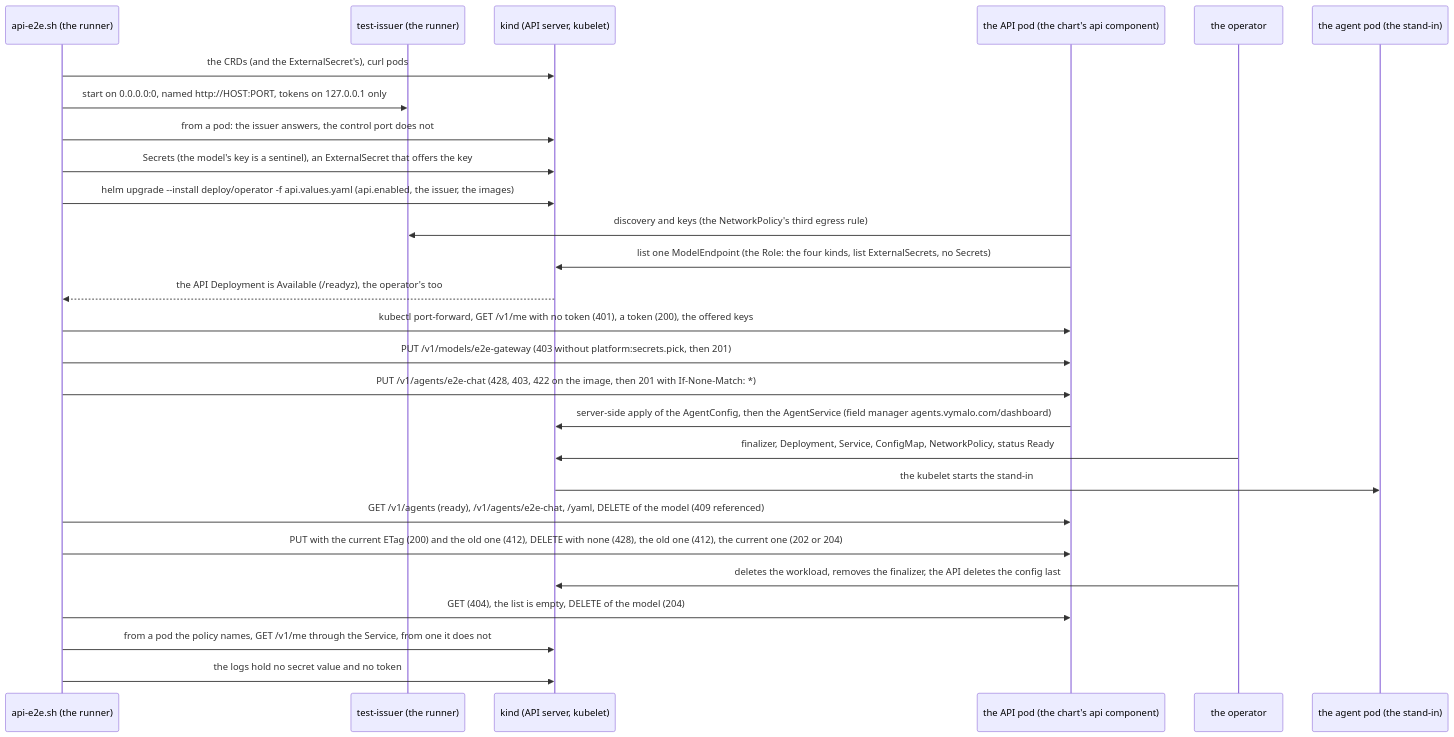
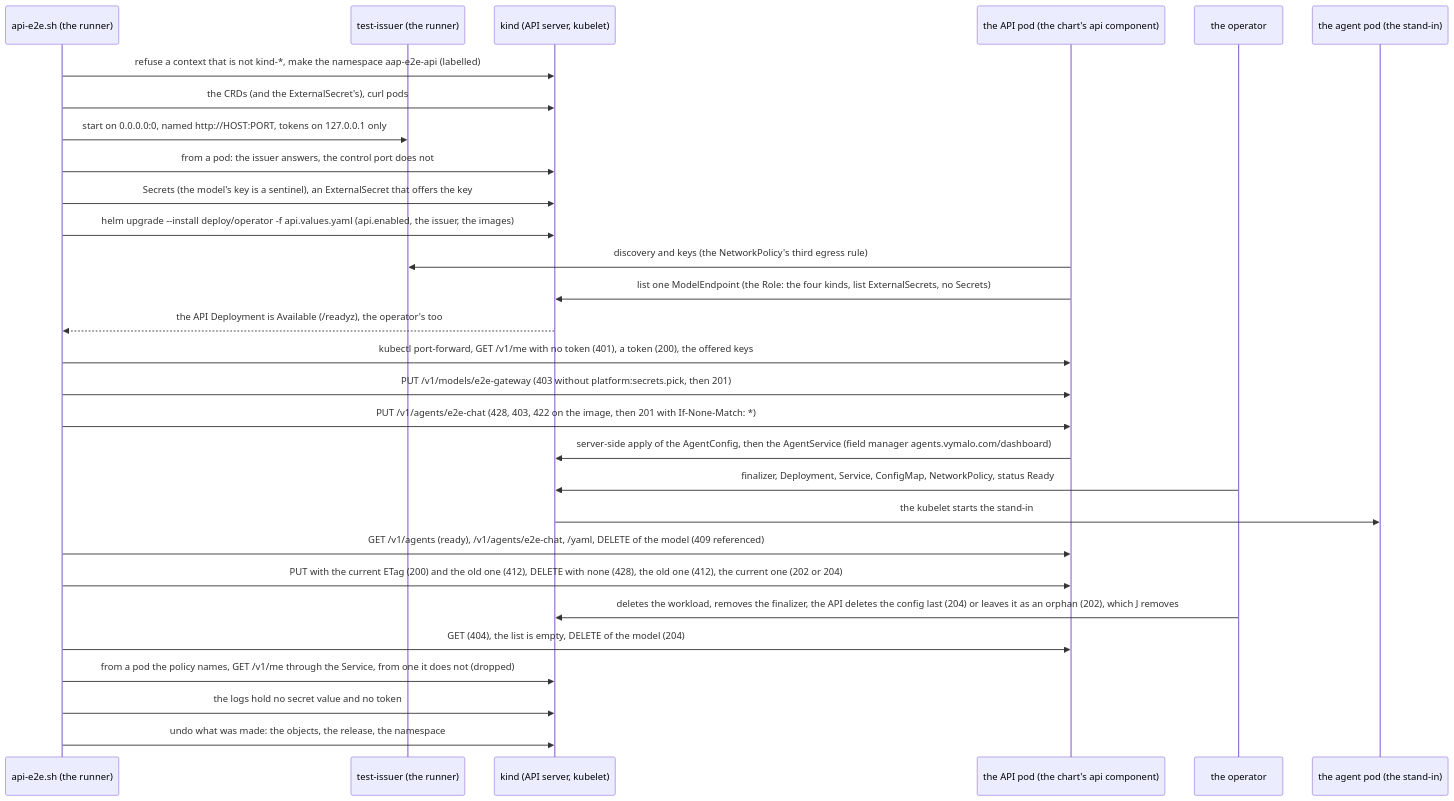
The third of 4 diagrams in deploy/operator/tests/e2e/README.md (vymalo/another-agentic-platform), drawn with Mermaid before and after one commit. The commit also changed other lines of this file and 6 other files, not shown here.

First line of the commit message:
docs(deploy): after review of D7b2, the guards, the orphan and the strict policy check (2026-10-16)

````diff
--- a/deploy/operator/tests/e2e/README.md
+++ b/deploy/operator/tests/e2e/README.md
@@ -128,30 +147,32 @@
 ```mermaid
 sequenceDiagram
     participant J as api-e2e.sh (the runner)
     participant I as test-issuer (the runner)
     participant K as kind (API server, kubelet)
     participant A as the API pod (the chart's api component)
     participant O as the operator
     participant S as the agent pod (the stand-in)
 
+    J->>K: refuse a context that is not kind-*, make the namespace aap-e2e-api (labelled)
     J->>K: the CRDs (and the ExternalSecret's), curl pods
     J->>I: start on 0.0.0.0:0, named http://HOST:PORT, tokens on 127.0.0.1 only
     J->>K: from a pod: the issuer answers, the control port does not
     J->>K: Secrets (the model's key is a sentinel), an ExternalSecret that offers the key
     J->>K: helm upgrade --install deploy/operator -f api.values.yaml (api.enabled, the issuer, the images)
     A->>I: discovery and keys (the NetworkPolicy's third egress rule)
     A->>K: list one ModelEndpoint (the Role: the four kinds, list ExternalSecrets, no Secrets)
     K-->>J: the API Deployment is Available (/readyz), the operator's too
     J->>A: kubectl port-forward, GET /v1/me with no token (401), a token (200), the offered keys
     J->>A: PUT /v1/models/e2e-gateway (403 without platform:secrets.pick, then 201)
     J->>A: PUT /v1/agents/e2e-chat (428, 403, 422 on the image, then 201 with If-None-Match: *)
     A->>K: server-side apply of the AgentConfig, then the AgentService (field manager agents.vymalo.com/dashboard)
     O->>K: finalizer, Deployment, Service, ConfigMap, NetworkPolicy, status Ready
     K->>S: the kubelet starts the stand-in
     J->>A: GET /v1/agents (ready), /v1/agents/e2e-chat, /yaml, DELETE of the model (409 referenced)
     J->>A: PUT with the current ETag (200) and the old one (412), DELETE with none (428), the old one (412), the current one (202 or 204)
-    O->>K: deletes the workload, removes the finalizer, the API deletes the config last
+    O->>K: deletes the workload, removes the finalizer, the API deletes the config last (204) or leaves it as an orphan (202), which J removes
     J->>A: GET (404), the list is empty, DELETE of the model (204)
-    J->>K: from a pod the policy names, GET /v1/me through the Service, from one it does not
+    J->>K: from a pod the policy names, GET /v1/me through the Service, from one it does not (dropped)
     J->>K: the logs hold no secret value and no token
+    J->>K: undo what was made: the objects, the release, the namespace
 ```
````
